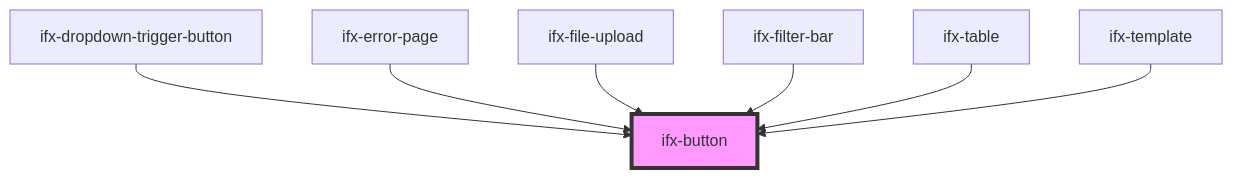
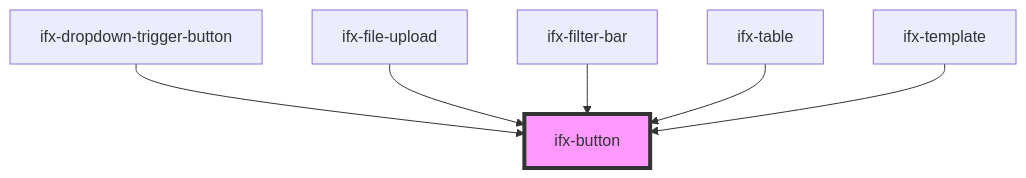
One commit to Infineon/infineon-design-system-stencil changed the diagram in packages/components/src/components/button/readme.md. Above: the diagram before and after it, drawn with Mermaid. The commit also changed other lines of this file and 7 other files, not shown here.

````diff
--- a/packages/components/src/components/button/readme.md
+++ b/packages/components/src/components/button/readme.md
@@ -48,10 +47,9 @@
 ```mermaid
 graph TD;
   ifx-dropdown-trigger-button --> ifx-button
-  ifx-error-page --> ifx-button
   ifx-file-upload --> ifx-button
   ifx-filter-bar --> ifx-button
   ifx-table --> ifx-button
   ifx-template --> ifx-button
   style ifx-button fill:#f9f,stroke:#333,stroke-width:4px
 ```
````
